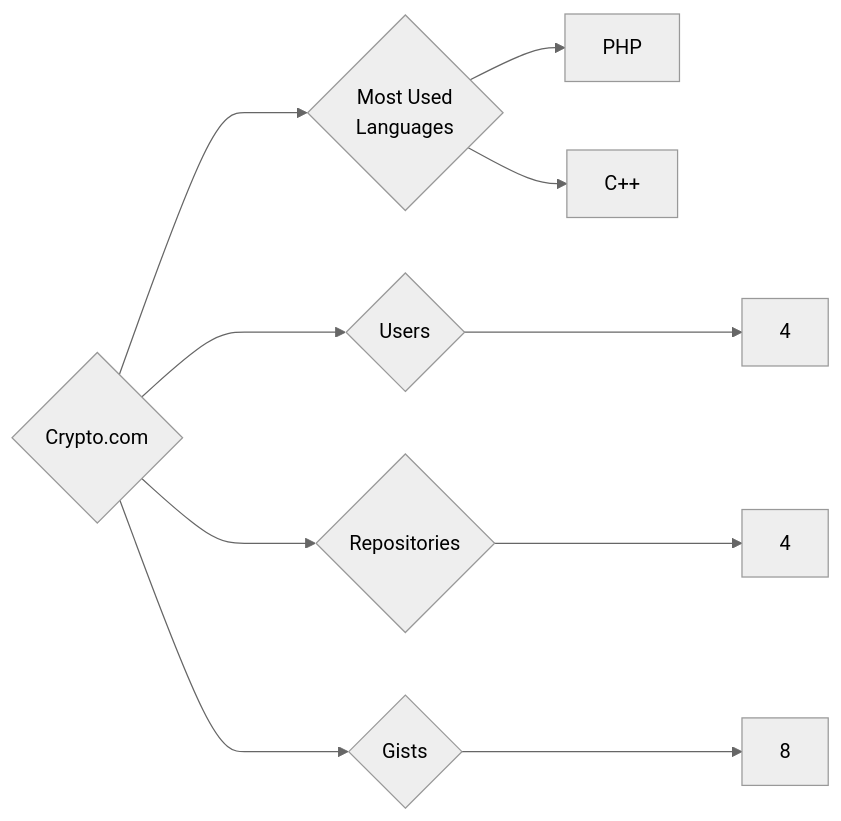
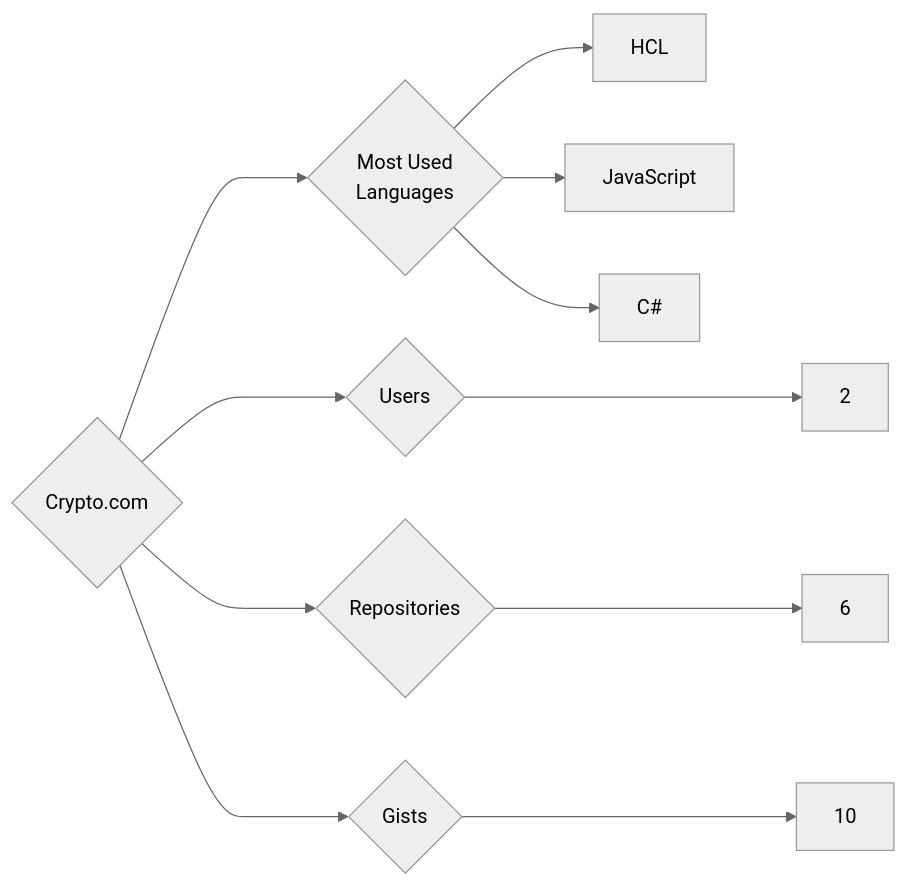
Before and after one commit to trickest/insiders: the diagram in targets/Crypto.com/README.md, drawn with Mermaid (neutral theme). The commit also changed 618 other files, not shown here.

````diff
--- a/targets/Crypto.com/README.md
+++ b/targets/Crypto.com/README.md
@@ -3,10 +3,11 @@
 ```mermaid
 graph LR
 COMPANY_NAME{Crypto.com}
-COMPANY_NAME ---> U{Users} ---> UN[4]
-COMPANY_NAME ---> R{Repositories} ---> RN[4]
-COMPANY_NAME ---> G{Gists} ---> GN[8]
+COMPANY_NAME ---> U{Users} ---> UN[2]
+COMPANY_NAME ---> R{Repositories} ---> RN[6]
+COMPANY_NAME ---> G{Gists} ---> GN[10]
 COMPANY_NAME ---> ML{Most Used<br>Languages}
-ML --> PHP[PHP]
-ML --> C++[C++]
+ML --> HCL[HCL]
+ML --> JavaScript[JavaScript]
+ML --> C#[C#]
 ```
````
